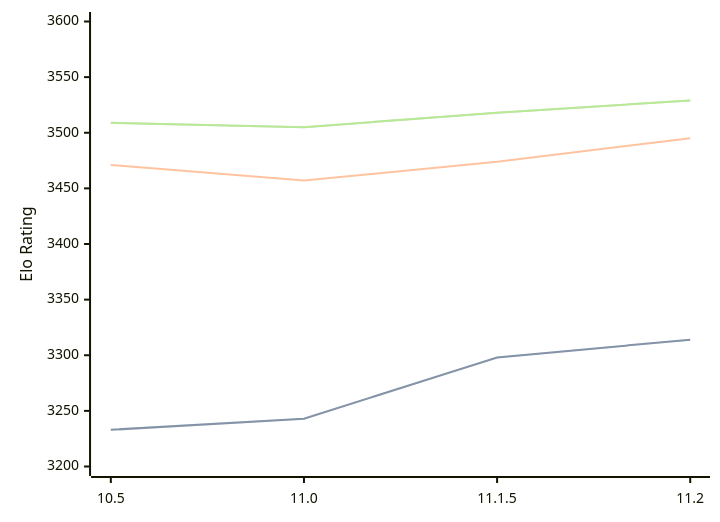
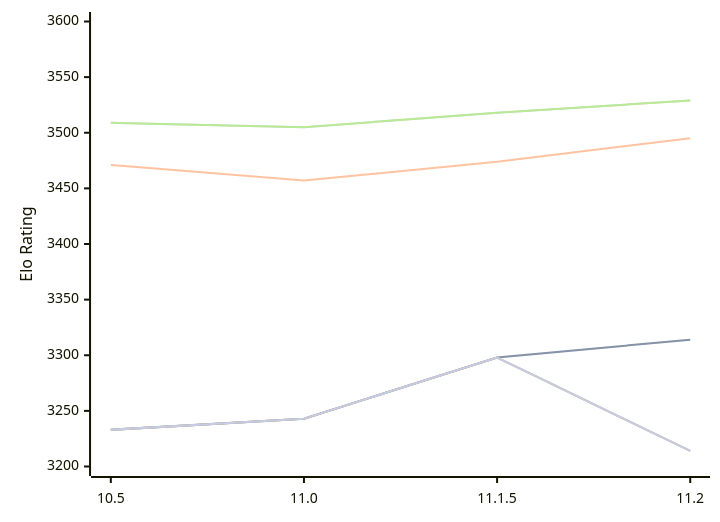
The diagram in engines/Lizard.md (computer-chess-index/cci), drawn with Mermaid before and after one commit. The commit also changed other lines of this file, not shown here.

Commit message:
Update CCI Ratings (ELO VLTC) - 2026-10-11

````diff
--- a/engines/Lizard.md
+++ b/engines/Lizard.md
@@ -50,16 +50,13 @@
 ```mermaid
 %%{init: {"theme":"base","themeVariables":{"seriesColors:['#a3a3a3','#222221','#faa371']}}}%%
 xychart-beta
   x-axis ["10.5", "11.0", "11.1.5", "11.2"]
   y-axis "Elo Rating" 3200 --> 3600
   line "" [3233, 3243, 3298, 3314]
   line "T1: STC (8.0+0.08s)" [3233, 3243, 3298, 3314]
   line "T1: LTC (60.0+0.60s)" [3471, 3457, 3474, 3495]
   line "" [3509, 3505, 3518, 3529]
   line "T1: VLTC (2m24s+1.12s)" [3509, 3505, 3518, 3529]
-  line "" [3201]
-  line "E1: STC (8.0+0.08s)" [3201]
-  line "E1: LTC (60.0+0.60s)" [3432]
-  line "" [3515]
-  line "E1: VLTC (2m24s+1.12s)" [3515]
+  line "" [3233, 3243, 3298,3214]
+  line "E1: STC (8.0+0.08s)" [3233, 3243, 3298,3214]
 ```
````
